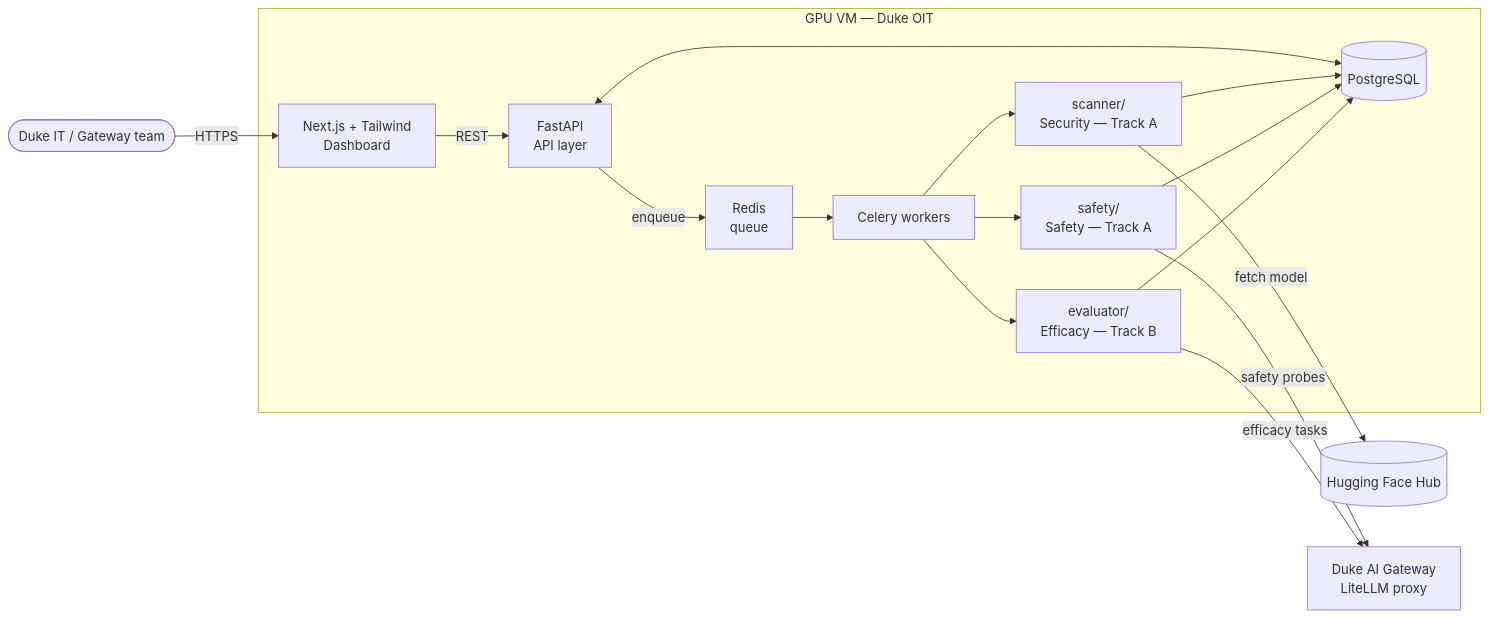
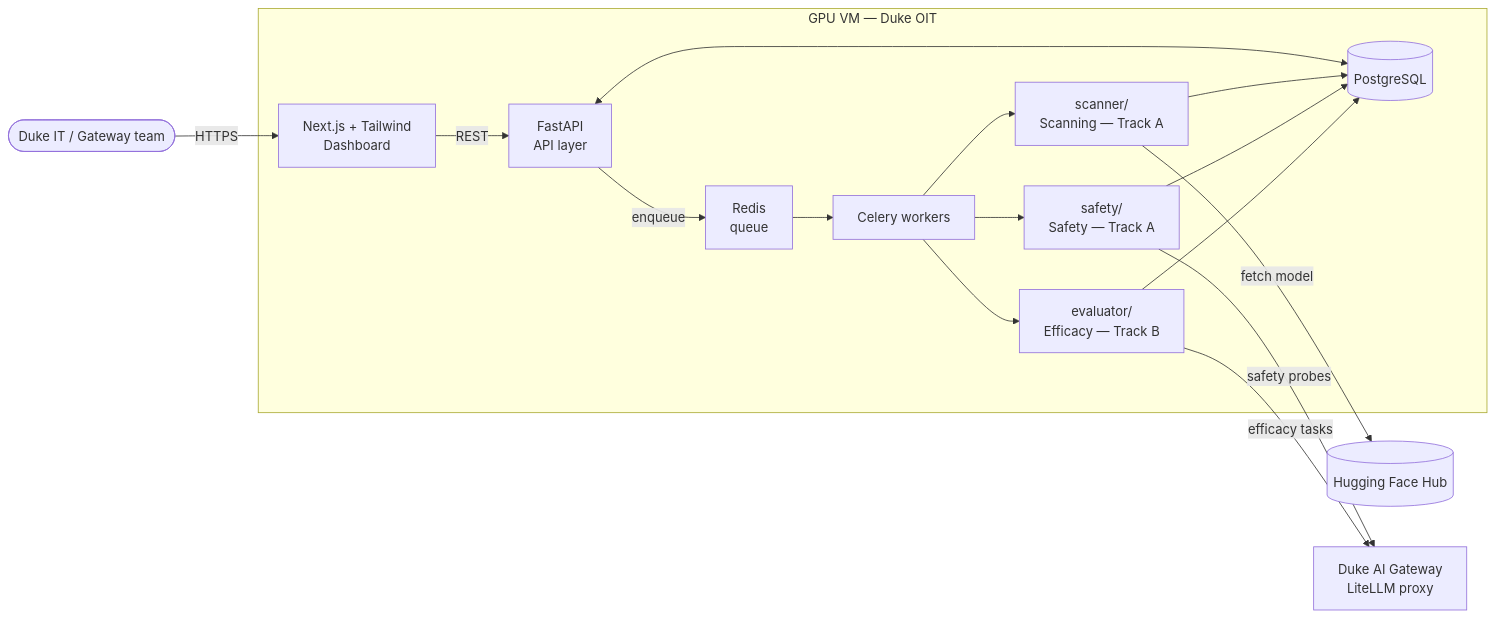
Before and after one commit to evelindsayyy/security-and-qa-for-ai-models: the first of 3 diagrams in docs/architecture.md, drawn with Mermaid. The commit also changed other lines of this file and 20 other files, not shown here.

Commit message:
temp: still updating docs for gitlab milestones and issues to transfer goals and timeline there, merging Jack's branch

````diff
--- a/docs/architecture.md
+++ b/docs/architecture.md
@@ -21,32 +21,32 @@
 ```mermaid
 flowchart LR
   User([Duke IT / Gateway team])
   HF[(Hugging Face Hub)]
   GW[Duke AI Gateway<br/>LiteLLM proxy]
 
   subgraph VM[GPU VM — Duke OIT]
     UI[Next.js + Tailwind<br/>Dashboard]
     API[FastAPI<br/>API layer]
     Q[Redis<br/>queue]
     W[Celery workers]
-    Scanner[scanner/<br/>Security — Track A]
+    Scanner[scanner/<br/>Scanning — Track A]
     Safety[safety/<br/>Safety — Track A]
     Evaluator[evaluator/<br/>Efficacy — Track B]
     DB[(PostgreSQL)]
   end
 
   User -->|HTTPS| UI
   UI -->|REST| API
   API <--> DB
   API -->|enqueue| Q
   Q --> W
   W --> Scanner
   W --> Safety
   W --> Evaluator
   Scanner -->|fetch model| HF
   Safety -->|safety probes| GW
   Evaluator -->|efficacy tasks| GW
   Scanner --> DB
   Safety --> DB
   Evaluator --> DB
 ```
````
